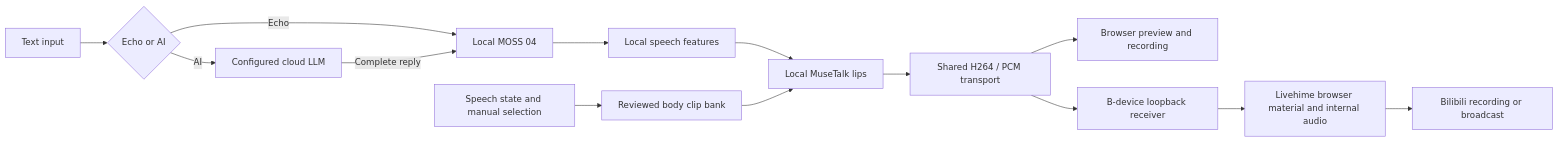
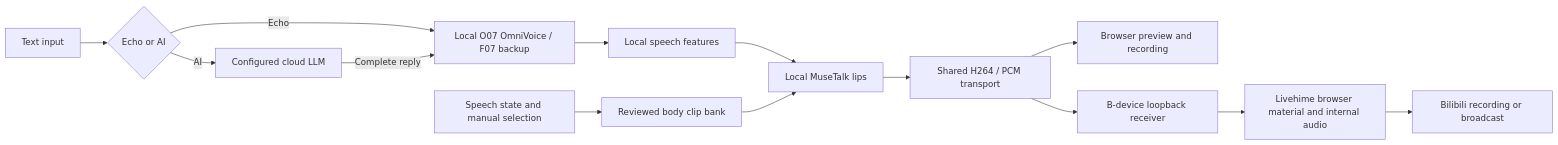
Before and after one commit to wikigsroom/Ai-Talk-Streamer: the diagram in README.md, drawn with Mermaid. The commit also changed other lines of this file and 43 other files, not shown here.

````diff
--- a/README.md
+++ b/README.md
@@ -73,16 +77,16 @@
 ```mermaid
 flowchart LR
     I[Text input] --> M{Echo or AI}
-    M -->|Echo| T[Local MOSS 04]
+    M -->|Echo| T[Local O07 OmniVoice / F07 backup]
     M -->|AI| L[Configured cloud LLM]
     L -->|Complete reply| T
     T --> A[Local speech features]
     A --> U[Local MuseTalk lips]
     B[Reviewed body clip bank] --> U
     S[Speech state and manual selection] --> B
     U --> J[Shared H264 / PCM transport]
     J --> W[Browser preview and recording]
     J --> R[B-device loopback receiver]
     R --> O[Livehime browser material and internal audio]
     O --> P[Bilibili recording or broadcast]
 ```
````
